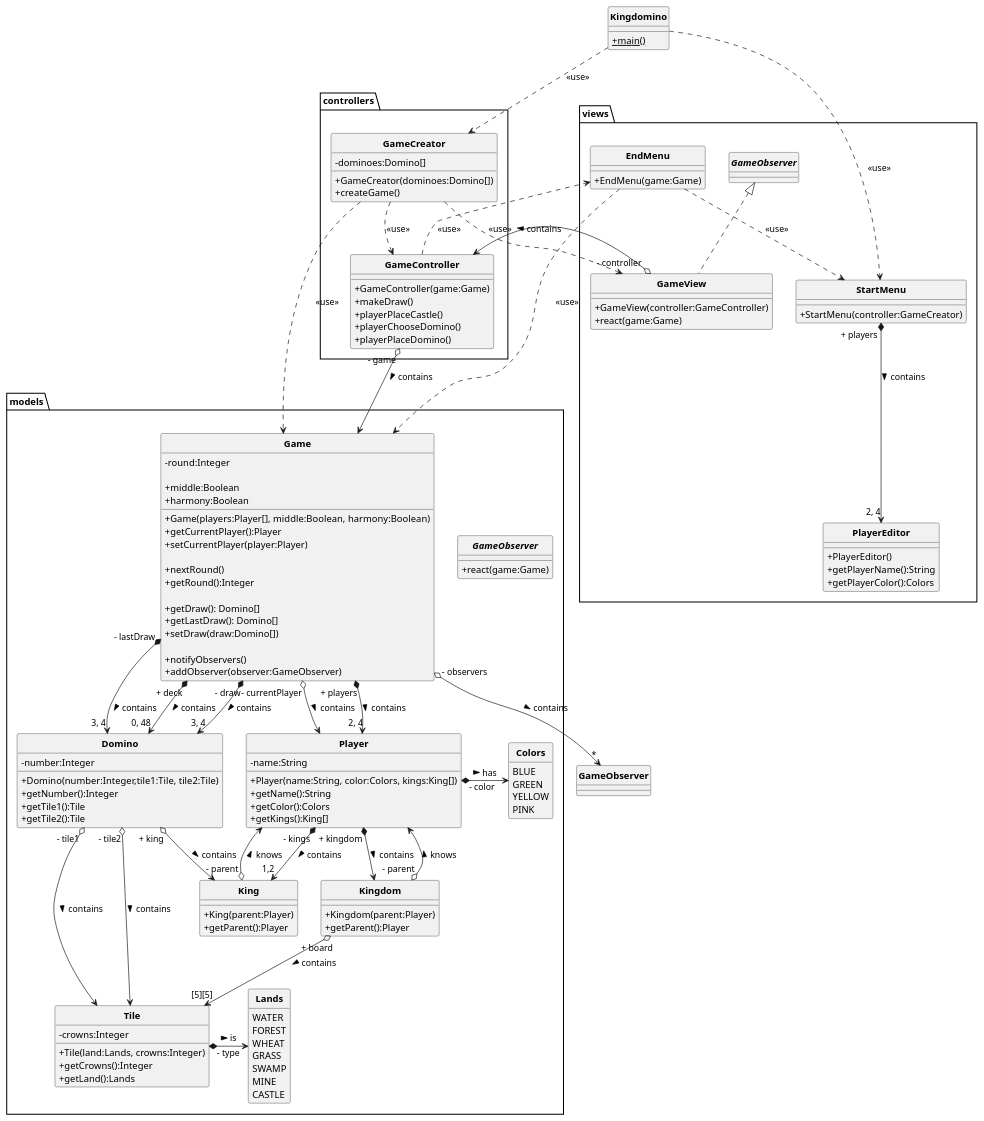
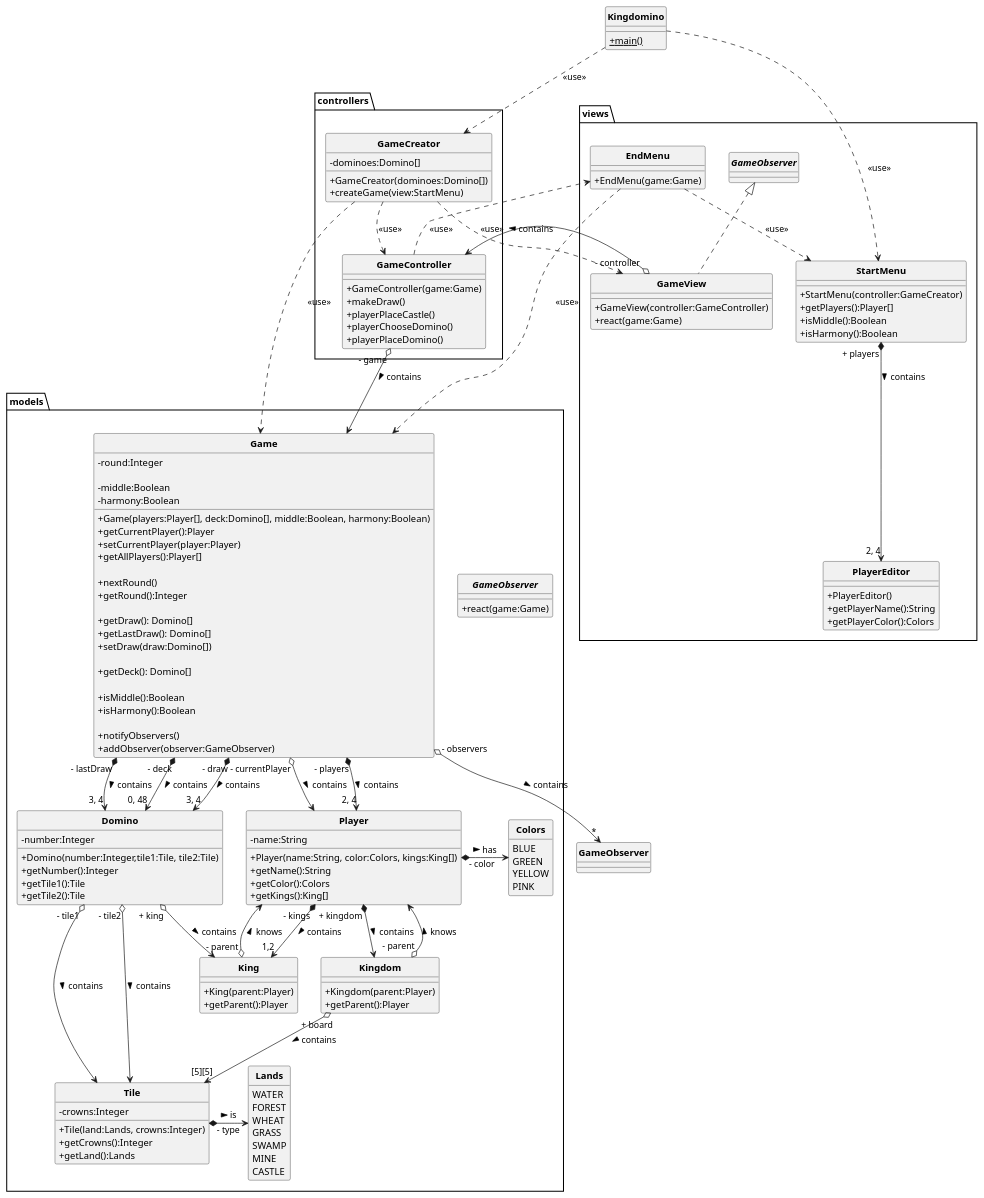
The diagram in rendu1/Kingdomino.puml (FranckG28/KingDomino), drawn with PlantUML before and after one commit. The commit also changed 4 other files, not shown here.

```diff
--- a/rendu1/Kingdomino.puml
+++ b/rendu1/Kingdomino.puml
@@ -1,176 +1,185 @@
 @startuml
 'https://plantuml.com/class-diagram
 
 skinparam style strictuml
 skinparam classAttributeIconSize 0
 skinparam classFontStyle Bold
 hide enum methods
 
 class Kingdomino {
     + {static}main()
 }
 
 package models {
 
     interface GameObserver {
         + react(game:Game)
     }
 
     class Game {
-        + Game(players:Player[],  middle:Boolean, harmony:Boolean)
+        + Game(players:Player[], deck:Domino[], middle:Boolean, harmony:Boolean)
 
         - round:Integer
 
-        + middle:Boolean
-        + harmony:Boolean
+        - middle:Boolean
+        - harmony:Boolean
 
         + getCurrentPlayer():Player
         + setCurrentPlayer(player:Player)
+        + getAllPlayers():Player[]
 
         + nextRound()
         + getRound():Integer
 
         + getDraw(): Domino[]
         + getLastDraw(): Domino[]
         + setDraw(draw:Domino[])
+
+        + getDeck(): Domino[]
+
+        + isMiddle():Boolean
+        + isHarmony():Boolean
 
         + notifyObservers()
         + addObserver(observer:GameObserver)
     }
 
     class Player {
         + Player(name:String, color:Colors, kings:King[])
         - name:String
 
         + getName():String
         + getColor():Colors
         + getKings():King[]
     }
 
     class King {
         + King(parent:Player)
         + getParent():Player
     }
 
     class Kingdom {
         + Kingdom(parent:Player)
         + getParent():Player
     }
 
     class Domino {
         + Domino(number:Integer,tile1:Tile, tile2:Tile)
         - number:Integer
 
         + getNumber():Integer
         + getTile1():Tile
         + getTile2():Tile
     }
 
     class Tile {
         + Tile(land:Lands, crowns:Integer)
         - crowns:Integer
 
         + getCrowns():Integer
         + getLand():Lands
     }
 
     enum Lands {
         WATER
         FOREST
         WHEAT
         GRASS
         SWAMP
         MINE
         CASTLE
     }
 
     enum Colors {
         BLUE
         GREEN
         YELLOW
         PINK
     }
 
 }
 
 package views {
 
     class GameView implements GameObserver {
         + GameView(controller:GameController)
         + react(game:Game)
     }
 
     class StartMenu {
         + StartMenu(controller:GameCreator)
+        + getPlayers():Player[]
+        + isMiddle():Boolean
+        + isHarmony():Boolean
     }
 
     class EndMenu {
         + EndMenu(game:Game)
     }
 
     class PlayerEditor {
         + PlayerEditor()
         + getPlayerName():String
         + getPlayerColor():Colors
     }
 }
 
 package controllers {
 
     class GameController {
         + GameController(game:Game)
         + makeDraw()
         + playerPlaceCastle()
         + playerChooseDomino()
         + playerPlaceDomino()
     }
 
     class GameCreator {
         - dominoes:Domino[]
 
         + GameCreator(dominoes:Domino[])
-        + createGame()
+        + createGame(view:StartMenu)
     }
 
 }
 
 Kingdomino ..> StartMenu : "<<use>>"
 Kingdomino ..> GameCreator : "<<use>>"
 
 GameCreator ..> Game : "<<use>>"
 GameCreator ..> GameView : "<<use>>"
 GameCreator ..> GameController : "<<use>>"
 
-Game " + players" *--> "2, 4" Player : > contains
-Game " + deck" *--> "0, 48" Domino : > contains
+Game " - players" *--> "2, 4" Player : > contains
+Game " - deck" *--> "0, 48" Domino : > contains
 Game " - draw" *--> "3, 4" Domino : > contains
 Game " - lastDraw" *--> "3, 4" Domino : > contains
 Game " - observers" o--> "*" GameObserver : > contains
 Game " - currentPlayer" o--> Player : > contains
 
 GameController " - game" o--> Game : > contains
 GameController ..> EndMenu : "<<use>>"
 
 GameView " - controller" o--> GameController : > contains
 
 StartMenu " + players" *--> "2, 4" PlayerEditor : > contains
 
 EndMenu ..> Game : "<<use>>"
 EndMenu ..> StartMenu : "<<use>>"
 
 Player " + kingdom"  *--> Kingdom : > contains
 Player " - kings" *--> "1,2" King : > contains
 Player " - color" *-> Colors : > has
 
 King " - parent" o--> Player : > knows
 
 Kingdom " - parent" o--> Player : > knows
 Kingdom " + board" o--> "[5][5]" Tile : > contains
 
 Domino " - tile1" o-> Tile : > contains
 Domino " - tile2" o-> Tile : > contains
 Domino " + king" o--> King : > contains
 
 Tile *-> Lands : " - type" > is
 
 @enduml
```
